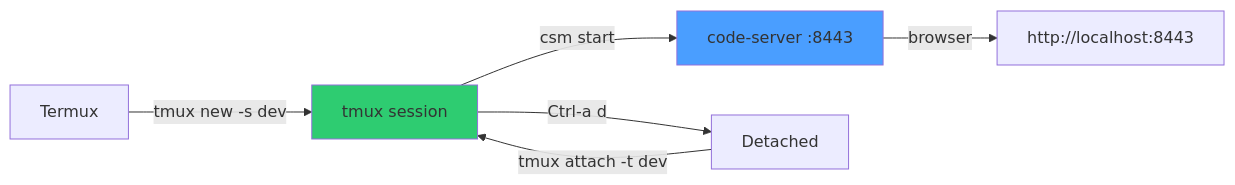
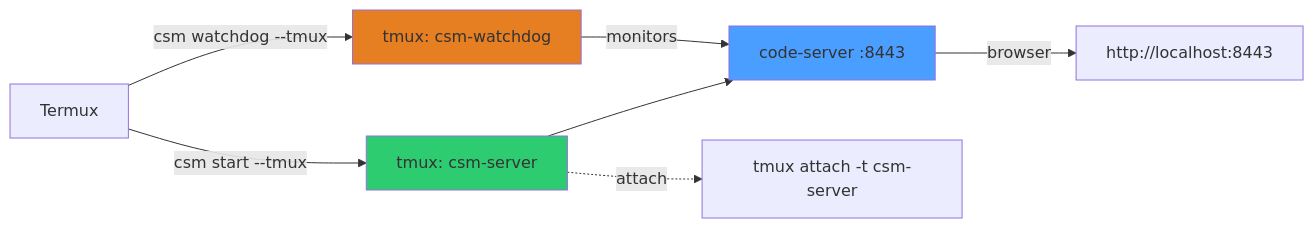
The third of 7 diagrams in README.md (ancrz/termux-linux-deployer), drawn with Mermaid before and after one commit. The commit also changed other lines of this file and 1 other file, not shown here.

First line of the commit message:
feat: add --tmux flag to csm start, restart, and watchdog

````diff
--- a/README.md
+++ b/README.md
@@ -159,11 +160,13 @@
 ```mermaid
 flowchart LR
-    T["Termux"] -->|"tmux new -s dev"| S["tmux session"]
-    S -->|"csm start"| CS["code-server :8443"]
-    S -->|"Ctrl-a d"| D["Detached"]
-    D -->|"tmux attach -t dev"| S
+    T["Termux"] -->|"csm start --tmux"| S["tmux: csm-server"]
+    T -->|"csm watchdog --tmux"| W["tmux: csm-watchdog"]
+    S --> CS["code-server :8443"]
+    W -->|"monitors"| CS
     CS -->|"browser"| B["http://localhost:8443"]
+    S -.->|"attach"| AT["tmux attach -t csm-server"]
 
     style S fill:#2ecc71
+    style W fill:#e67e22
     style CS fill:#4a9eff
 ```
````
